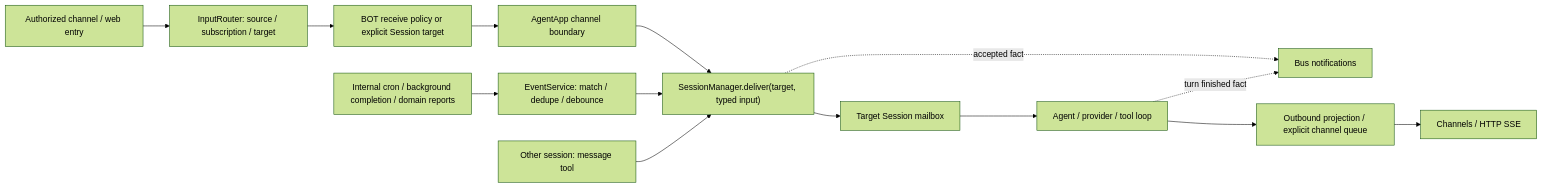
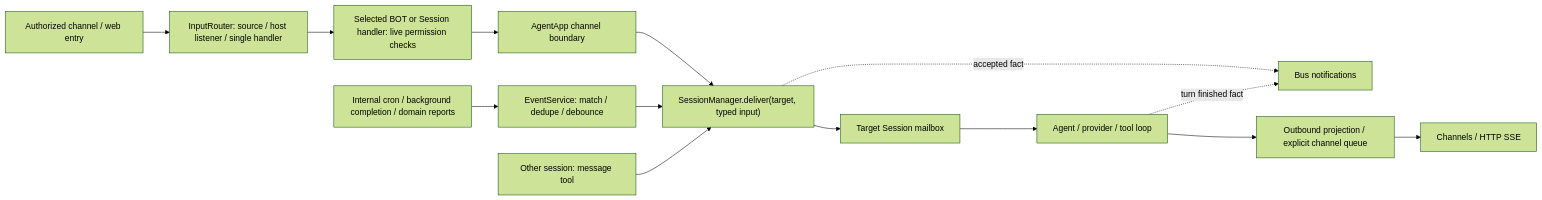
The diagram in docs/architecture.md (ci010/shadow), drawn with Mermaid (forest theme) before and after one commit. The commit also changed other lines of this file and 189 other files, not shown here.

First line of the commit message:
Refactor BOT lifecycle and input routing with runtime improvements

````diff
--- a/docs/architecture.md
+++ b/docs/architecture.md
@@ -521,16 +530,16 @@
 ```mermaid
 flowchart LR
-  Channel["Authorized channel / web entry"] --> Router["InputRouter: source / subscription / target"]
-  Router --> Handler["BOT receive policy or explicit Session target"]
+  Channel["Authorized channel / web entry"] --> Router["InputRouter: source / host listener / single handler"]
+  Router --> Handler["Selected BOT or Session handler: live permission checks"]
   Handler --> Ingress["AgentApp channel boundary"]
   Ingress --> Delivery["SessionManager.deliver(target, typed input)"]
   Producers["Internal cron / background completion / domain reports"] --> Events["EventService: match / dedupe / debounce"]
   Events --> Delivery
   Messages["Other session: message tool"] --> Delivery
   Delivery --> Mailbox["Target Session mailbox"]
   Mailbox --> Turn["Agent / provider / tool loop"]
   Delivery -. "accepted fact" .-> Bus["Bus notifications"]
   Turn -. "turn finished fact" .-> Bus
   Turn --> Output["Outbound projection / explicit channel queue"]
   Output --> UI["Channels / HTTP SSE"]
 ```
````
